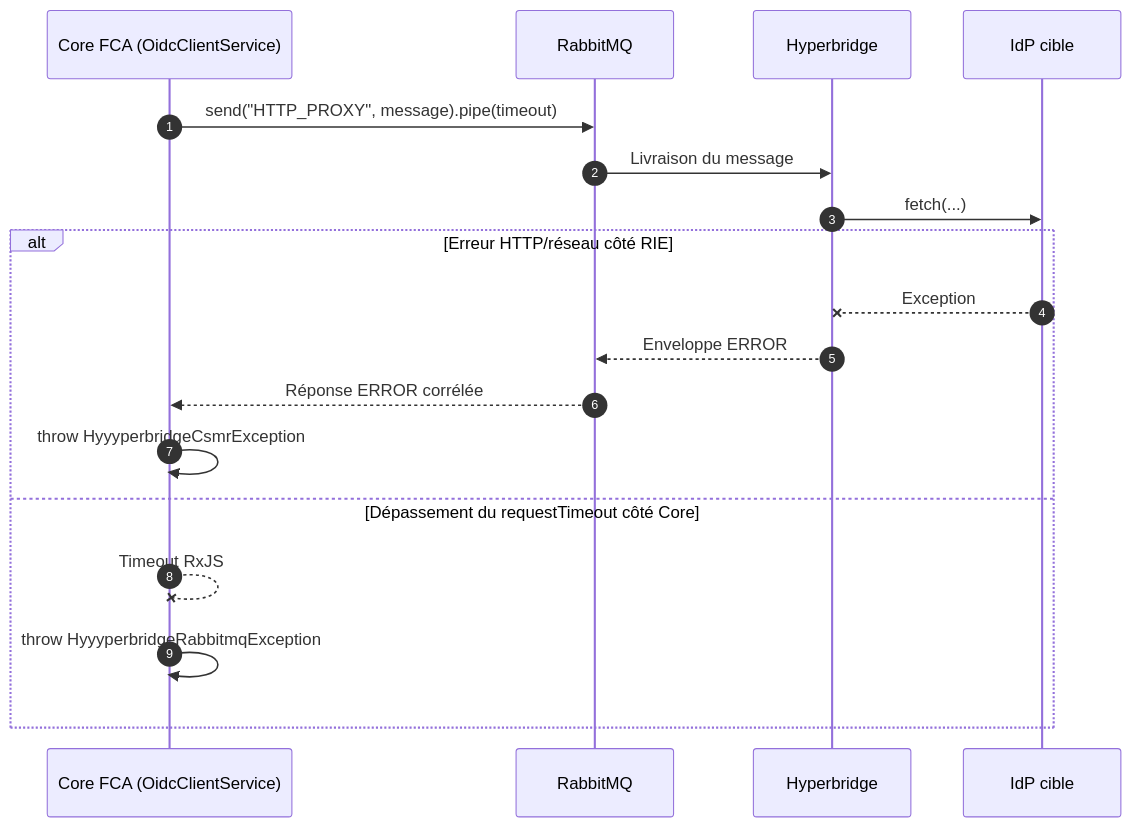
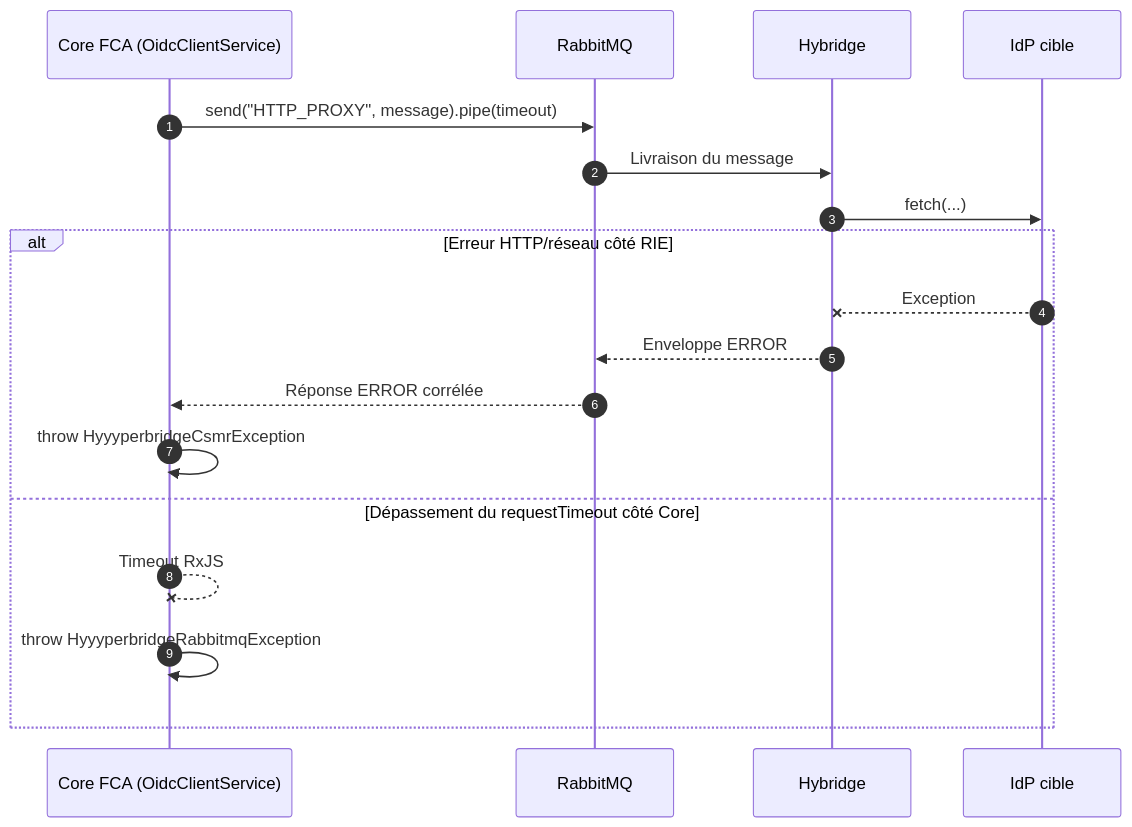
One commit to proconnect-gouv/federation changed the second of 2 diagrams in back/_doc/hyyyperbridge.md. Above: the diagram before and after it, drawn with Mermaid. The commit also changed other lines of this file and 19 other files, not shown here.

Commit message:
♻️ rename hyperbridge to hybridge

````diff
--- a/back/_doc/hyyyperbridge.md
+++ b/back/_doc/hyyyperbridge.md
@@ -38,21 +38,21 @@
 ```mermaid
 sequenceDiagram
     autonumber
     participant Core as Core FCA (OidcClientService)
     participant RMQ as RabbitMQ
-    participant RIE as Hyperbridge
+    participant RIE as Hybridge
     participant IDP as IdP cible
 
     Core->>RMQ: send("HTTP_PROXY", message).pipe(timeout)
     RMQ->>RIE: Livraison du message
     RIE->>IDP: fetch(...)
     alt Erreur HTTP/réseau côté RIE
         IDP--xRIE: Exception
         RIE-->>RMQ: Enveloppe ERROR
         RMQ-->>Core: Réponse ERROR corrélée
         Core->>Core: throw HyyyperbridgeCsmrException
     else Dépassement du requestTimeout côté Core
         Core--xCore: Timeout RxJS
         Core->>Core: throw HyyyperbridgeRabbitmqException
     end
 ```
````
